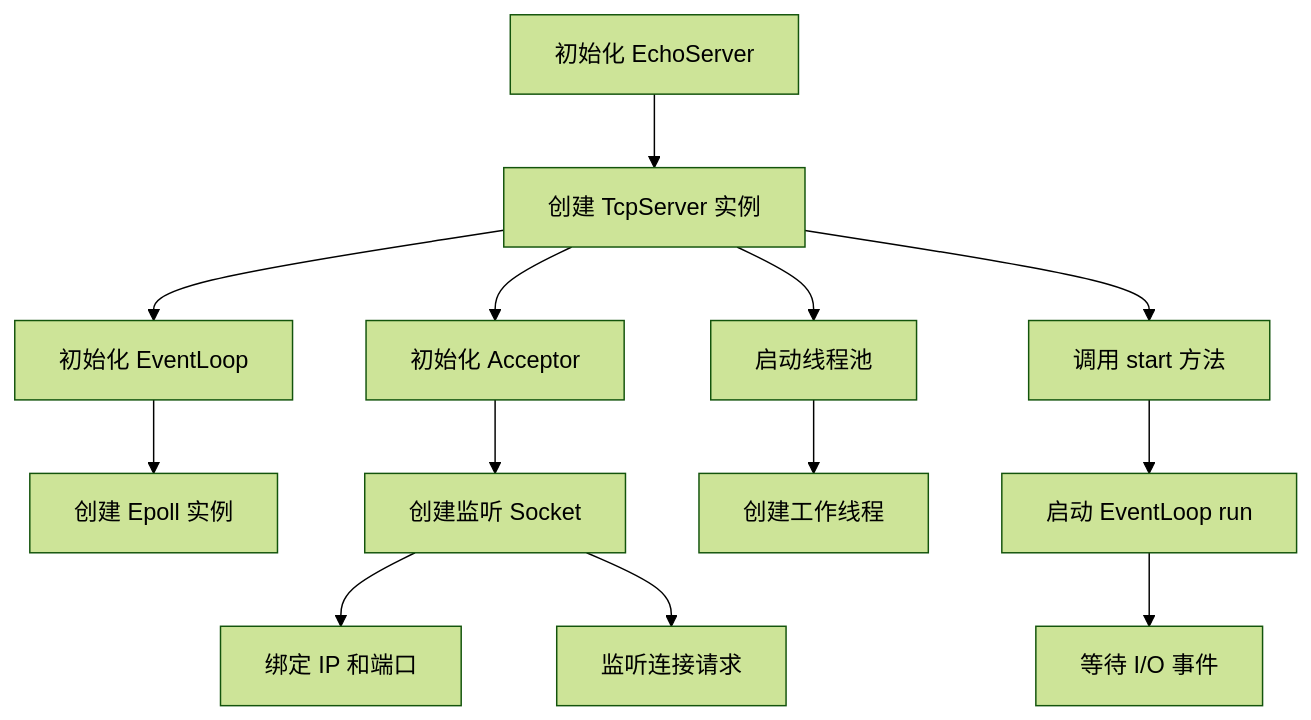
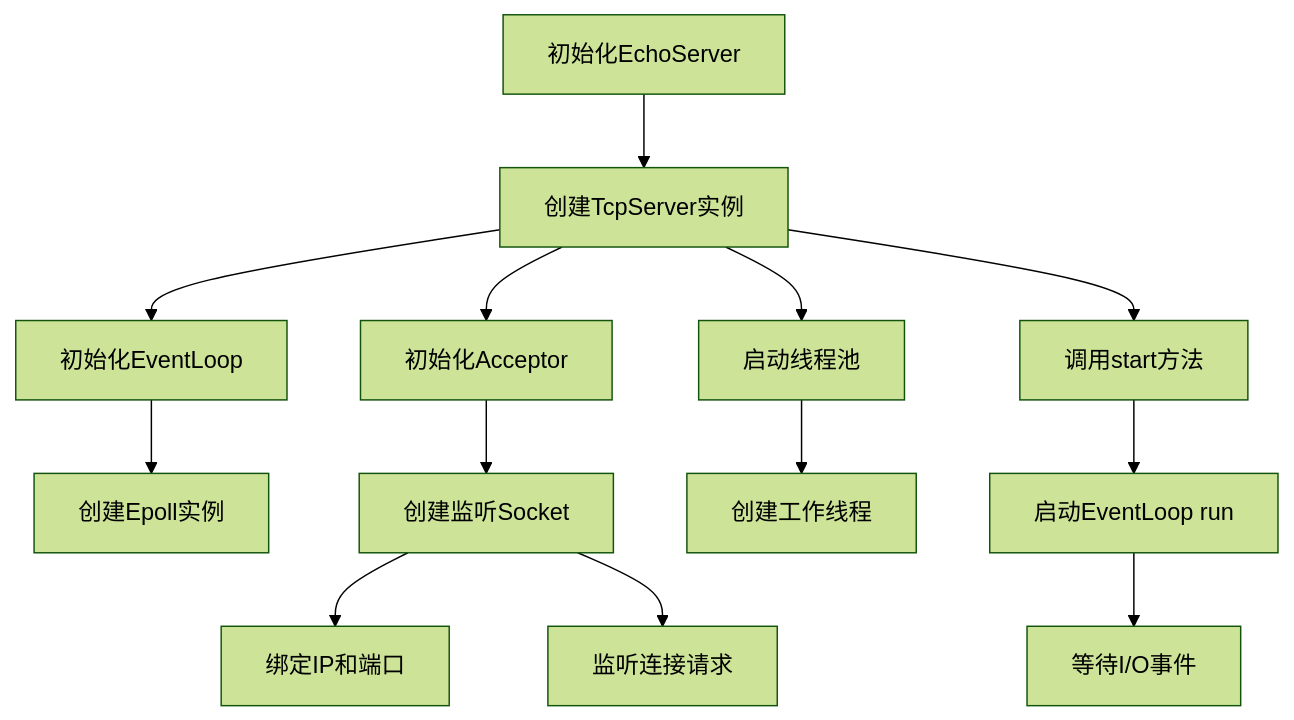
One commit to yaoqianshuwow/BankServer changed the third of 6 diagrams in README.md. Above: the diagram before and after it, drawn with Mermaid (forest theme). The commit also changed other lines of this file, not shown here.

````diff
--- a/README.md
+++ b/README.md
@@ -249,15 +249,15 @@
 ```mermaid
 flowchart TD
-    A[初始化 EchoServer] --> B[创建 TcpServer 实例]
-    B --> C[初始化 EventLoop]
-    C --> D[创建 Epoll 实例]
-    B --> E[初始化 Acceptor]
-    E --> F[创建监听 Socket]
-    F --> G[绑定 IP 和端口]
+    A[初始化EchoServer] --> B[创建TcpServer实例]
+    B --> C[初始化EventLoop]
+    C --> D[创建Epoll实例]
+    B --> E[初始化Acceptor]
+    E --> F[创建监听Socket]
+    F --> G[绑定IP和端口]
     F --> H[监听连接请求]
     B --> I[启动线程池]
     I --> J[创建工作线程]
-    B --> K[调用 start 方法]
-    K --> L[启动 EventLoop run]
-    L --> M[等待 I/O 事件]
+    B --> K[调用start方法]
+    K --> L[启动EventLoop run]
+    L --> M[等待I/O事件]
 ```
````
